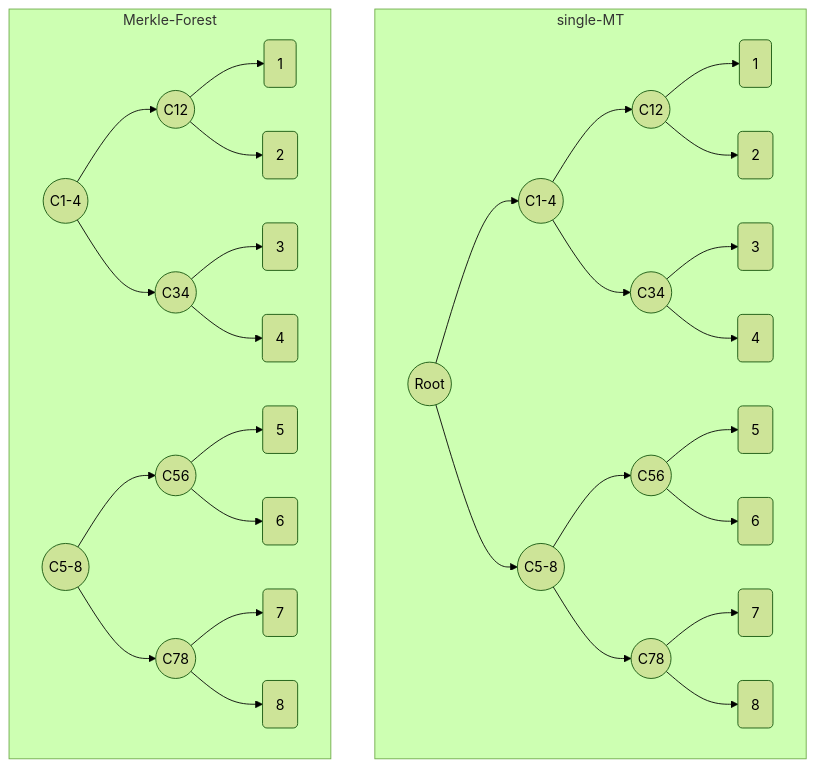
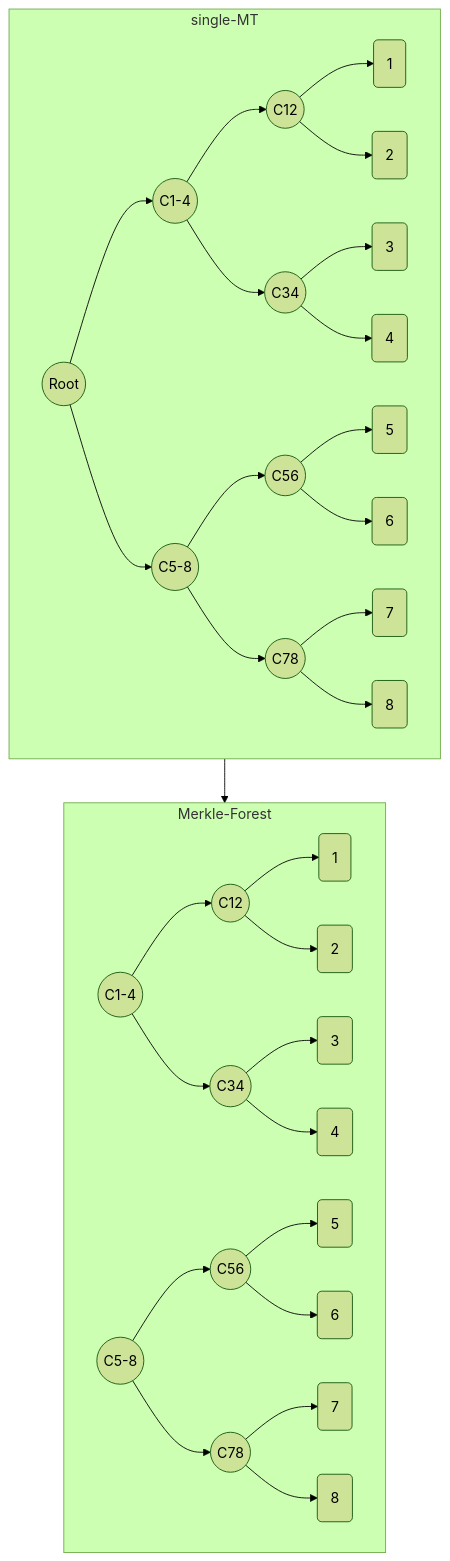
The diagram in README.md (Poseidon-ZKP/merkle-forest), drawn with Mermaid (forest theme) before and after one commit.

````diff
--- a/README.md
+++ b/README.md
@@ -29,22 +29,25 @@
 ```mermaid
     graph TD;
         subgraph single-MT
             R((Root))-->C1234 & C5678;
             C1234((C1-4)) --> C12((C12)) & C34((C34));
             C5678((C5-8)) --> C56((C56)) & C78((C78));
             C12-->L1(1) & L2(2)
             C34-->L3(3) & L4(4)
             C56-->L5(5) & L6(6)
             C78-->L7(7) & L8(8)
         end
 
         subgraph Merkle-Forest
             FC1234((C1-4)) --> FC12((C12)) & FC34((C34));
             FC5678((C5-8)) --> FC56((C56)) & FC78((C78));
             FC12-->FL1(1) & FL2(2)
             FC34-->FL3(3) & FL4(4)
             FC56-->FL5(5) & FL6(6)
             FC78-->FL7(7) & FL8(8)
         end
 
+        single-MT --> Merkle-Forest
+
+
 ```
````
